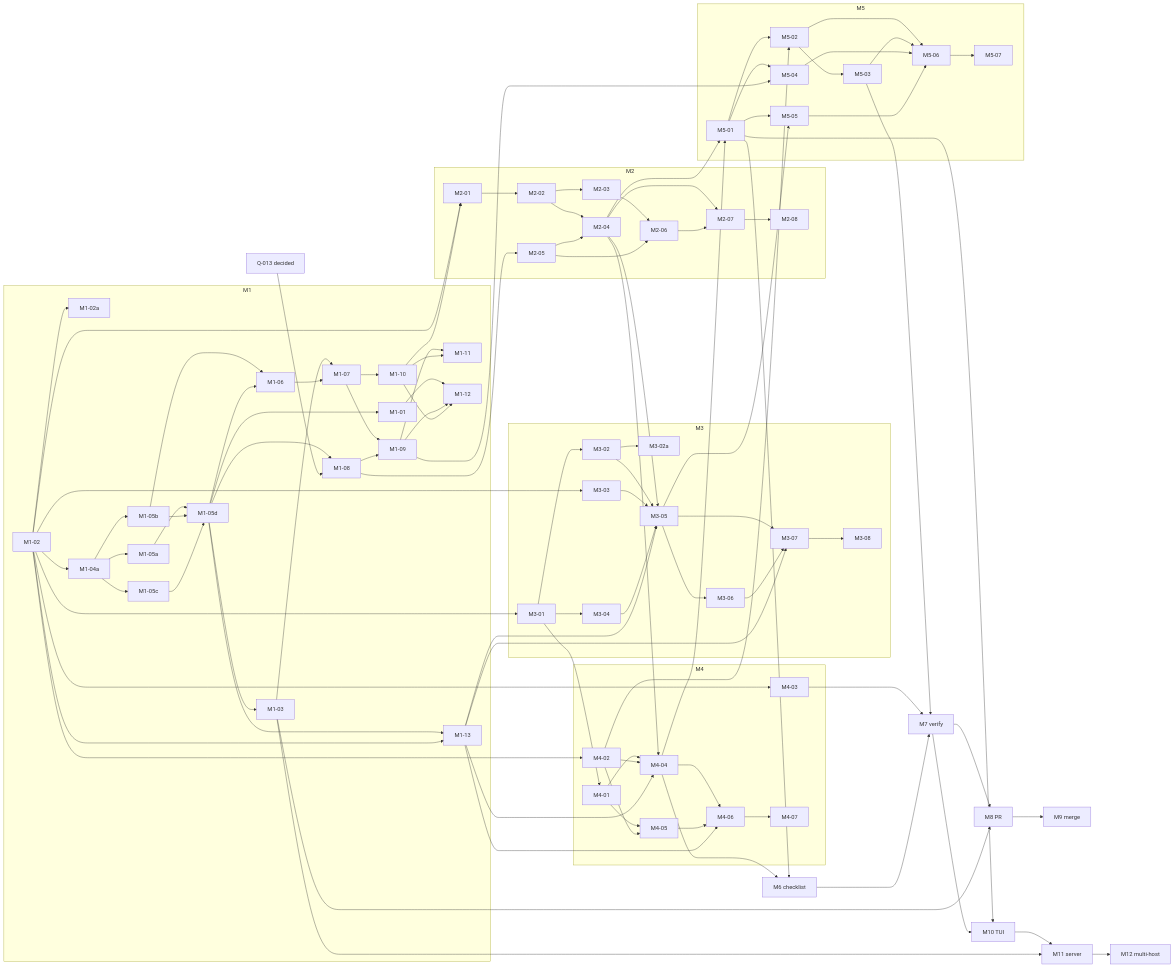
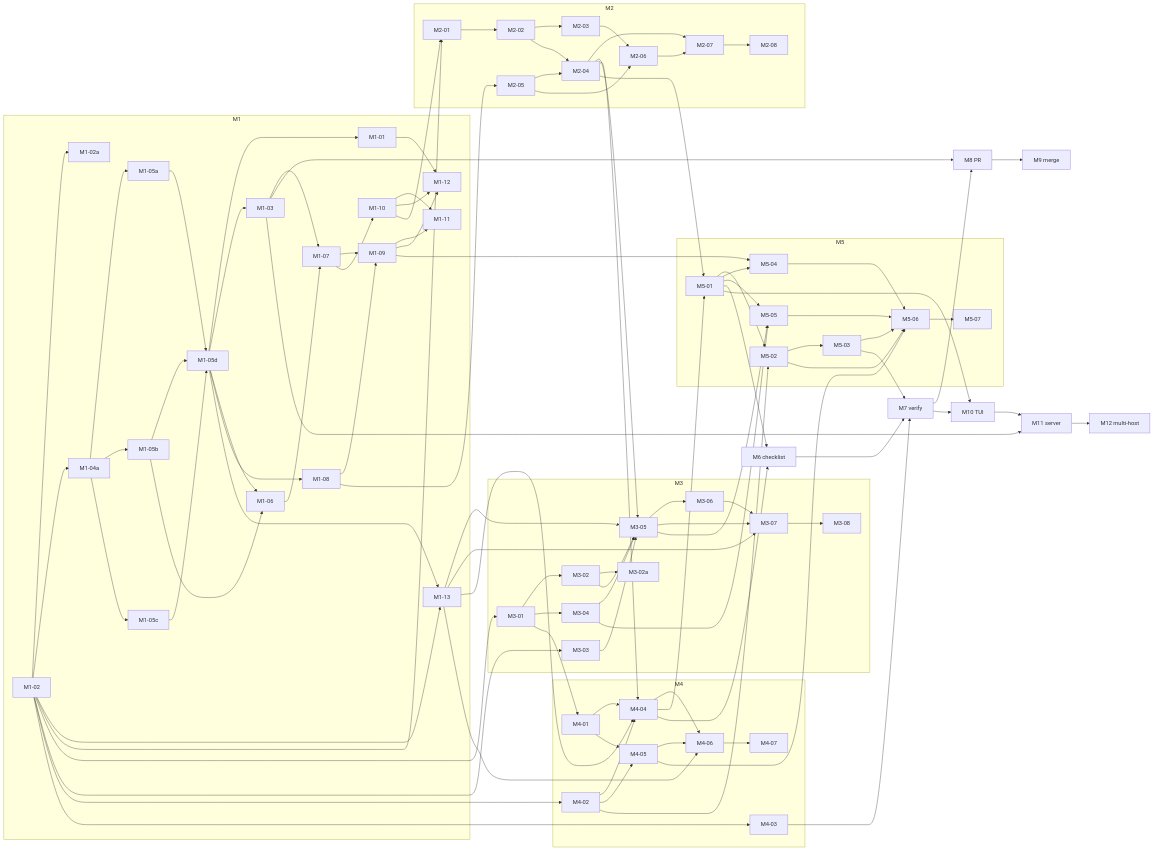
The diagram in ROADMAP.md (donbeave/ecosystem), drawn with Mermaid before and after one commit. The commit also changed other lines of this file and 6 other files, not shown here.

Commit message:
Adopt defaults (D-053): sync SPEC, OPEN-QUESTIONS, ROADMAP preflight, concept docs

```diff
--- a/ROADMAP.md
+++ b/ROADMAP.md
@@ -224,7 +346,6 @@
   subgraph M5
     M5-01; M5-02; M5-03; M5-04; M5-05; M5-06; M5-07
   end
-  Q013[Q-013 decided]
   M1-02 --> M1-02a
   M1-02 --> M1-04a
   M1-04a --> M1-05a
@@ -242,7 +363,6 @@
   M1-02 --> M1-13
   M1-03 --> M1-07
   M1-06 --> M1-07
-  Q013 --> M1-08
   M1-07 --> M1-09
   M1-08 --> M1-09
   M1-07 --> M1-10
@@ -300,6 +420,8 @@
   M1-09 --> M5-04
   M5-01 --> M5-05
   M3-05 --> M5-05
+  M3-04 --> M5-05
+  M4-05 --> M5-06
   M5-02 --> M5-06
   M5-03 --> M5-06
   M5-04 --> M5-06
```
